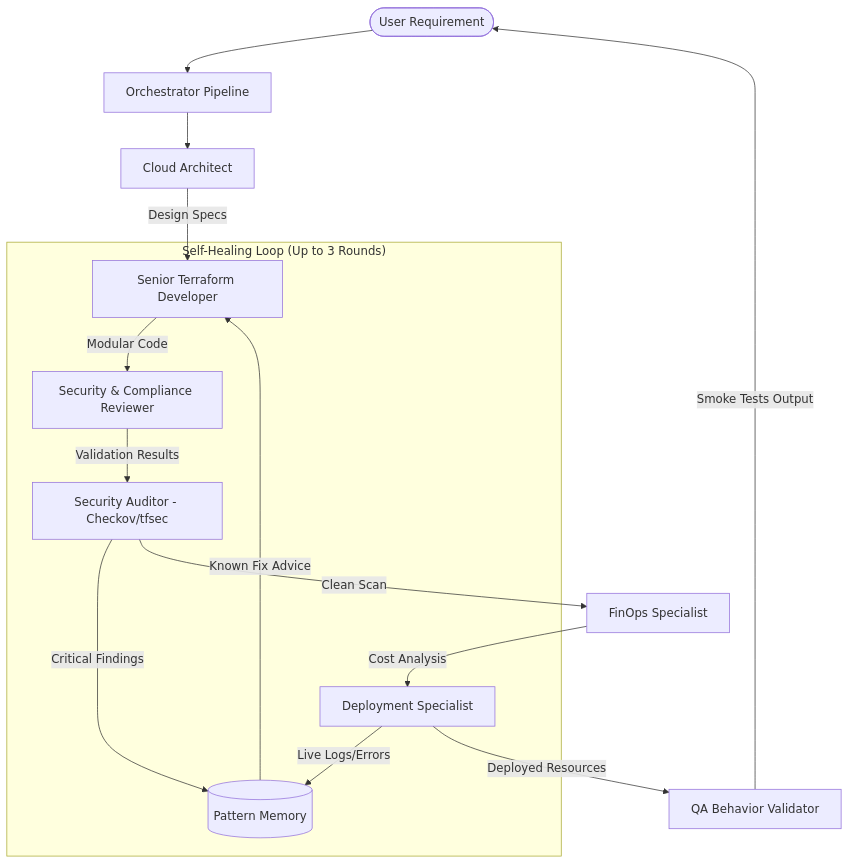
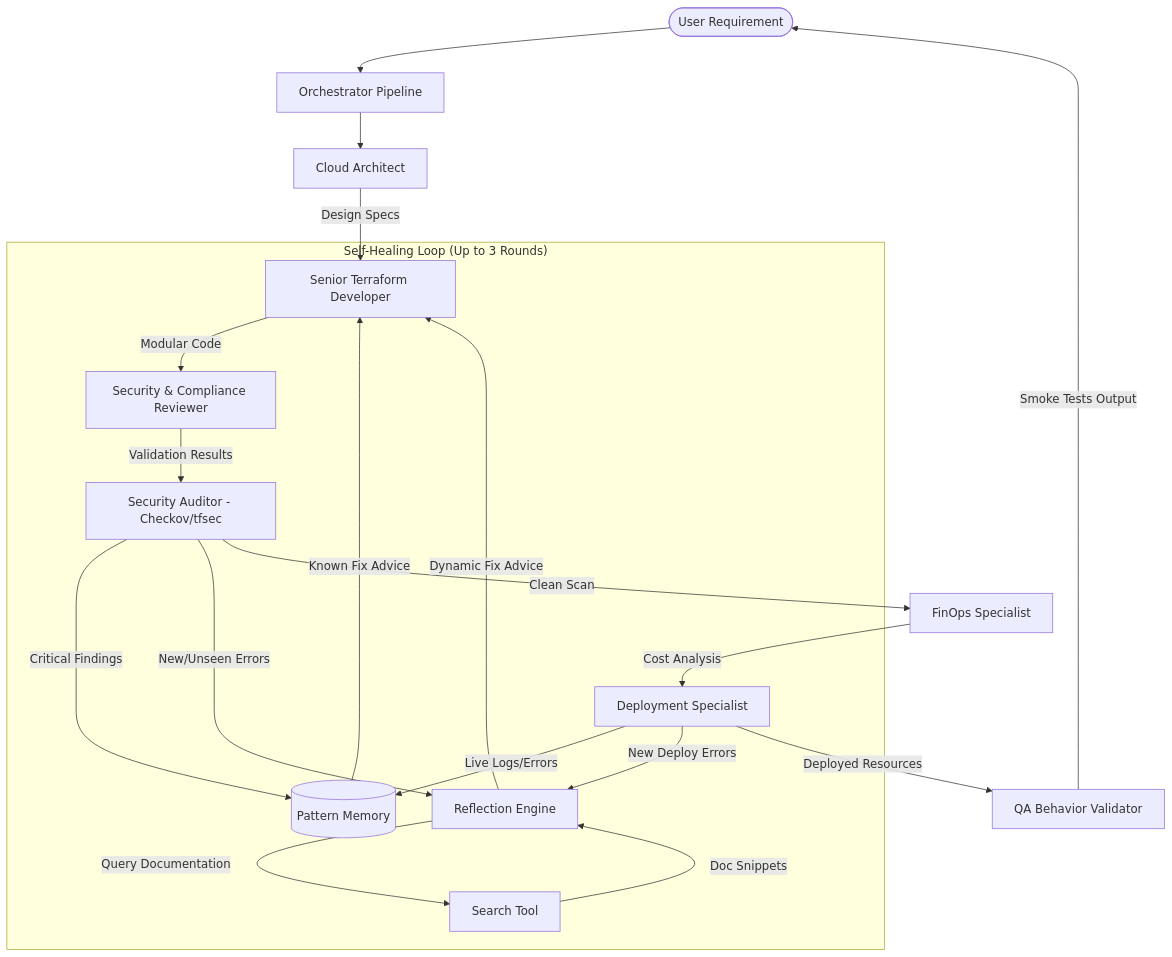
The diagram in MULTI_AGENT_ARCHITECTURE.md (csae99/Terraform-AI-Agent), drawn with Mermaid before and after one commit. The commit also changed 2 other files, not shown here.

Commit message:
feat: integrate dynamic LLM reflection and autonomous documentation search into the self-healing architecture

````diff
--- a/MULTI_AGENT_ARCHITECTURE.md
+++ b/MULTI_AGENT_ARCHITECTURE.md
@@ -11,23 +11,32 @@
 ```mermaid
 graph TD
     User([User Requirement]) --> Orchestrator[Orchestrator Pipeline]
     Orchestrator --> Architect[Cloud Architect]
     Architect -->|Design Specs| Developer[Senior Terraform Developer]
     Developer -->|Modular Code| Reviewer[Security & Compliance Reviewer]
     Reviewer -->|Validation Results| Auditor[Security Auditor - Checkov/tfsec]
     Auditor -->|Critical Findings| Memory[(Pattern Memory)]
     Memory -->|Known Fix Advice| Developer
+    
+    Auditor -->|New/Unseen Errors| Reflection[Reflection Engine]
+    Reflection -->|Query Documentation| Search[Search Tool]
+    Search -->|Doc Snippets| Reflection
+    Reflection -->|Dynamic Fix Advice| Developer
+    
     Auditor -->|Clean Scan| FinOps[FinOps Specialist]
     FinOps -->|Cost Analysis| Deployer[Deployment Specialist]
     Deployer -->|Live Logs/Errors| Memory
+    Deployer -->|New Deploy Errors| Reflection
     Deployer -->|Deployed Resources| QATester[QA Behavior Validator]
     QATester -->|Smoke Tests Output| User
     
     subgraph "Self-Healing Loop (Up to 3 Rounds)"
     Developer
     Reviewer
     Auditor
     Memory
+    Reflection
+    Search
     Deployer
     end
 ```
````
